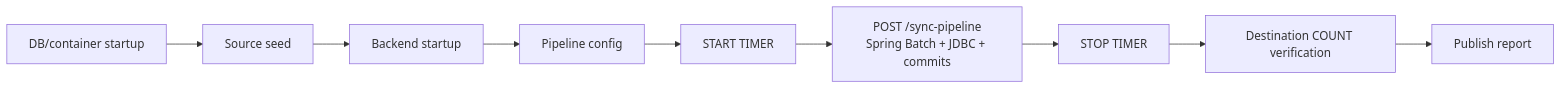
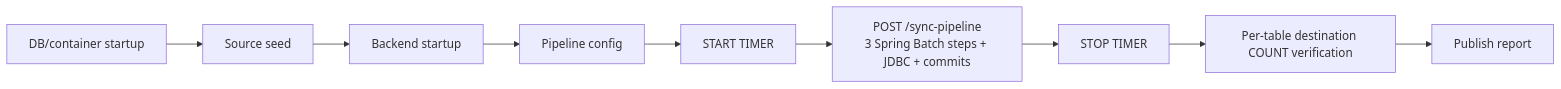
The third of 4 diagrams in quarto/performance.qmd (tibame201020/IrisPipe), drawn with Mermaid before and after one commit. The commit also changed other lines of this file and 18 other files, not shown here.

````diff
--- a/quarto/performance.qmd
+++ b/quarto/performance.qmd
@@ -130,4 +175,4 @@
 ```{mermaid}
 flowchart LR
-  A["DB/container startup"] --> B["Source seed"] --> C["Backend startup"] --> D["Pipeline config"] --> E["START TIMER"] --> F["POST /sync-pipeline<br/>Spring Batch + JDBC + commits"] --> G["STOP TIMER"] --> H["Destination COUNT verification"] --> I["Publish report"]
+  A["DB/container startup"] --> B["Source seed"] --> C["Backend startup"] --> D["Pipeline config"] --> E["START TIMER"] --> F["POST /sync-pipeline\n3 Spring Batch steps + JDBC + commits"] --> G["STOP TIMER"] --> H["Per-table destination COUNT verification"] --> I["Publish report"]
 ```
````
